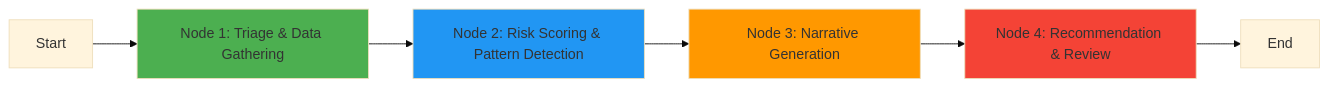
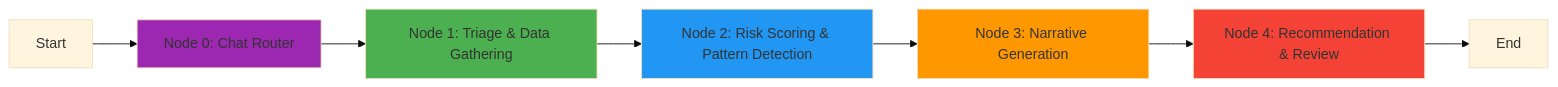
One commit to vishwashankartj/LangGraph-Risk-Case-Investigator-AIAgent changed the diagram in README.md. Above: the diagram before and after it, drawn with Mermaid (base theme). The commit also changed other lines of this file, not shown here.

Commit message:
docs: add Chat Router node to the architecture diagram and its detailed description in the README.

````diff
--- a/README.md
+++ b/README.md
@@ -11,13 +11,15 @@
 ```mermaid
 graph LR
-    A[Start] --> B[Node 1: Triage & Data Gathering]
+    A[Start] --> R[Node 0: Chat Router]
+    R --> B[Node 1: Triage & Data Gathering]
     B --> C[Node 2: Risk Scoring & Pattern Detection]
     C --> D[Node 3: Narrative Generation]
     D --> E[Node 4: Recommendation & Review]
     E --> F[End]
     
+    style R fill:#9C27B0
     style B fill:#4CAF50
     style C fill:#2196F3
     style D fill:#FF9800
     style E fill:#F44336
 ```
````
